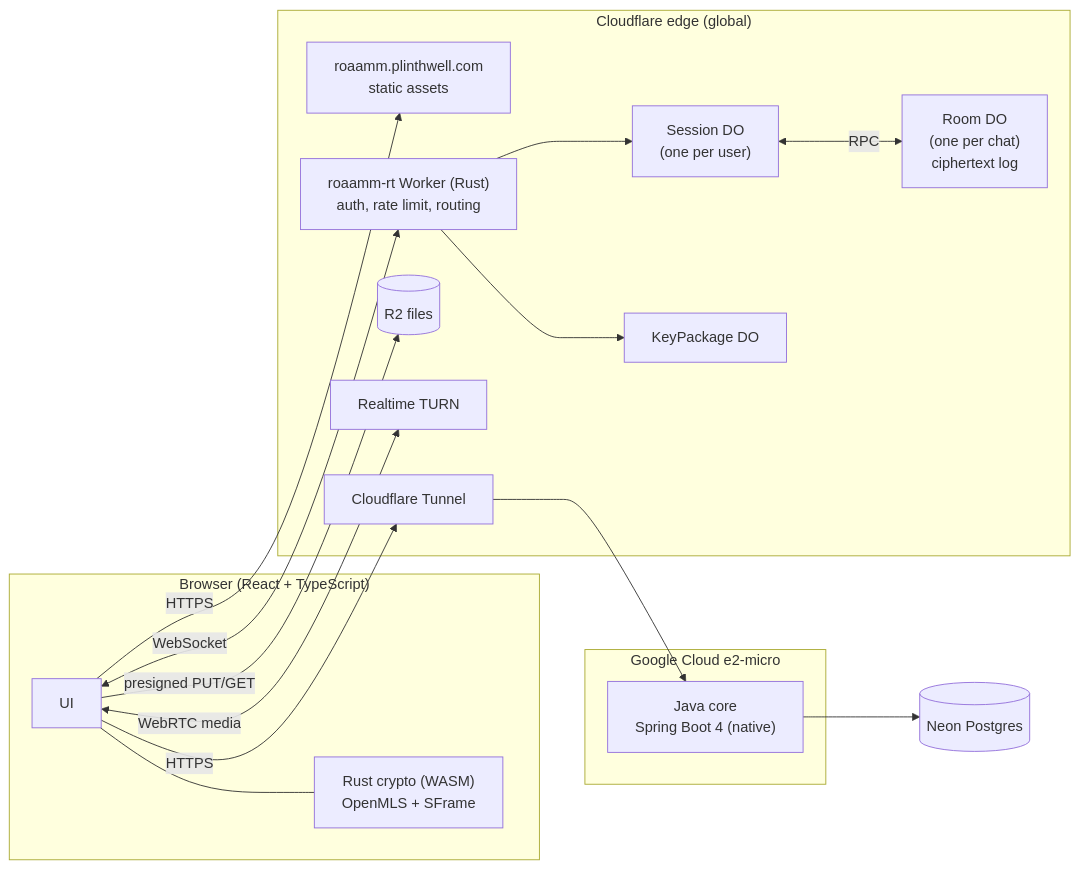
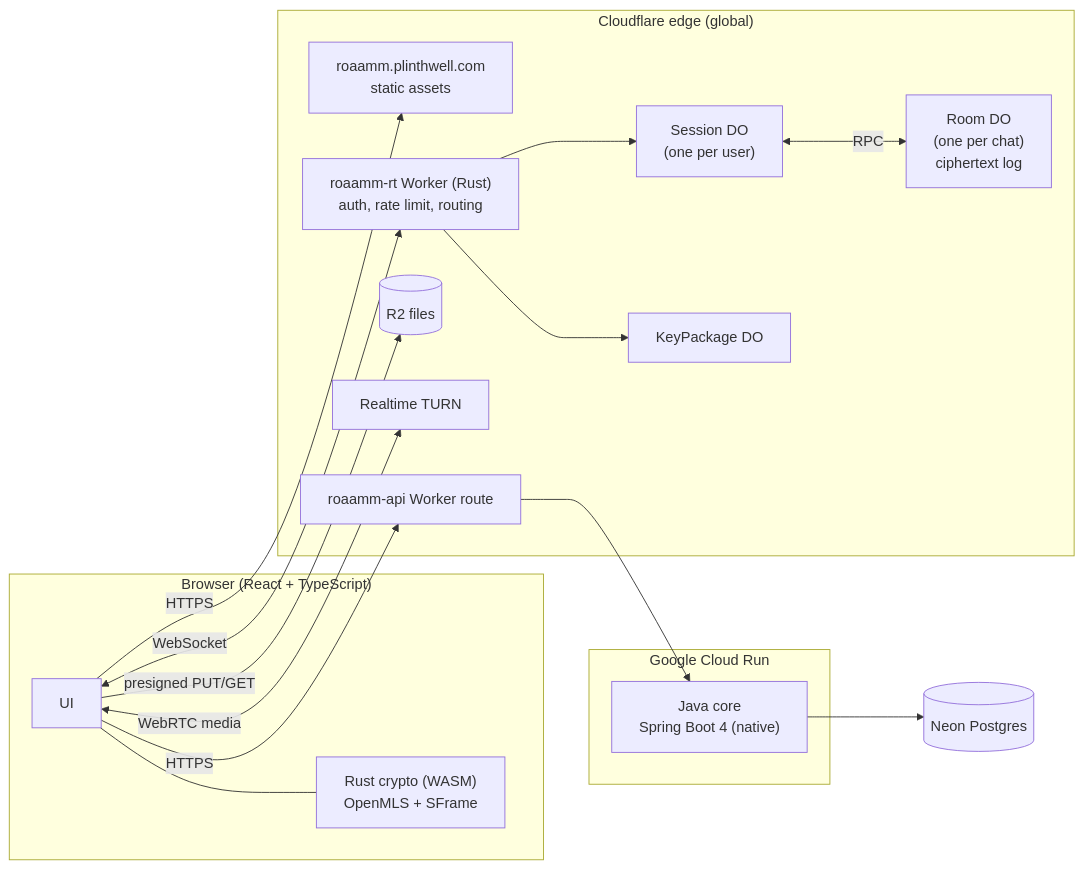
Before and after one commit to Vishwath-Narayana/roaamm-travel-app: the diagram in README.md, drawn with Mermaid. The commit also changed other lines of this file and 16 other files, not shown here.

First line of the commit message:
M2-prep: core on Cloud Run (ADR + skeleton, deploy off) (#14)

````diff
--- a/README.md
+++ b/README.md
@@ -28,30 +28,30 @@
 ```mermaid
 flowchart LR
   subgraph Client["Browser (React + TypeScript)"]
     UI[UI] --- CRY["Rust crypto (WASM)<br/>OpenMLS + SFrame"]
   end
 
   subgraph CF["Cloudflare edge (global)"]
     WEB["roaamm.plinthwell.com<br/>static assets"]
     GW["roaamm-rt Worker (Rust)<br/>auth, rate limit, routing"]
     SD["Session DO<br/>(one per user)"]
     RD["Room DO<br/>(one per chat)<br/>ciphertext log"]
     KP["KeyPackage DO"]
     R2[(R2 files)]
     TURN["Realtime TURN"]
-    TUN["Cloudflare Tunnel"]
+    APIW["roaamm-api Worker route"]
   end
 
-  subgraph GCP["Google Cloud e2-micro"]
+  subgraph GCP["Google Cloud Run"]
     CORE["Java core<br/>Spring Boot 4 (native)"]
   end
   NEON[(Neon Postgres)]
 
   UI -->|HTTPS| WEB
   UI <-->|WebSocket| GW --> SD
   SD <-->|RPC| RD
   GW --> KP
   UI -->|presigned PUT/GET| R2
   UI <-->|WebRTC media| TURN
-  UI -->|HTTPS| TUN --> CORE --> NEON
+  UI -->|HTTPS| APIW --> CORE --> NEON
 ```
````
